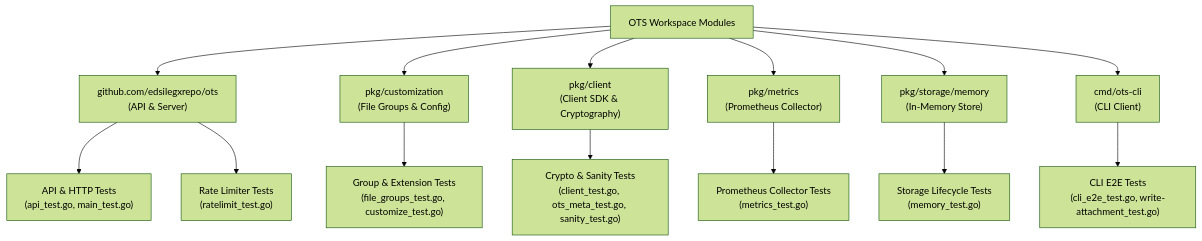
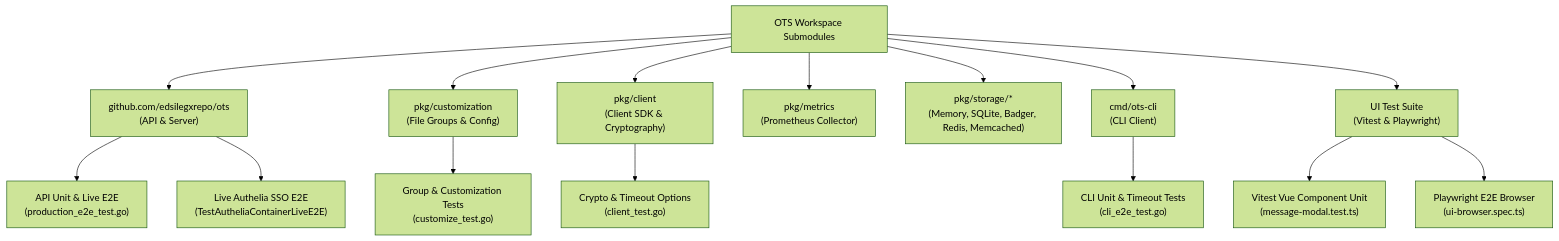
One commit to edsilegxrepo/ots changed the first of 2 diagrams in TESTING.md. Above: the diagram before and after it, drawn with Mermaid (forest theme). The commit also changed other lines of this file and 61 other files, not shown here.

````diff
--- a/TESTING.md
+++ b/TESTING.md
@@ -14,22 +24,22 @@
 ```mermaid
 graph TD
-    Submodules["OTS Workspace Modules"] --> MainPkg["github.com/edsilegxrepo/ots<br/>(API & Server)"]
+    Submodules["OTS Workspace Submodules"] --> MainPkg["github.com/edsilegxrepo/ots<br/>(API & Server)"]
     Submodules --> CustPkg["pkg/customization<br/>(File Groups & Config)"]
     Submodules --> ClientPkg["pkg/client<br/>(Client SDK & Cryptography)"]
     Submodules --> MetricsPkg["pkg/metrics<br/>(Prometheus Collector)"]
-    Submodules --> StoragePkg["pkg/storage/memory<br/>(In-Memory Store)"]
+    Submodules --> StoragePkg["pkg/storage/*<br/>(Memory, SQLite, Badger, Redis, Memcached)"]
     Submodules --> CLIPkg["cmd/ots-cli<br/>(CLI Client)"]
+    Submodules --> UIPkg["UI Test Suite<br/>(Vitest & Playwright)"]
 
-    MainPkg --> API_Tests["API & HTTP Tests<br/>(api_test.go, main_test.go)"]
-    MainPkg --> RL_Tests["Rate Limiter Tests<br/>(ratelimit_test.go)"]
+    MainPkg --> API_Tests["API Unit & Live E2E<br/>(production_e2e_test.go)"]
+    MainPkg --> Authelia_Tests["Live Authelia SSO E2E<br/>(TestAutheliaContainerLiveE2E)"]
 
-    CustPkg --> FG_Tests["Group & Extension Tests<br/>(file_groups_test.go, customize_test.go)"]
+    CustPkg --> FG_Tests["Group & Customization Tests<br/>(customize_test.go)"]
 
-    ClientPkg --> OTS_Tests["Crypto & Sanity Tests<br/>(client_test.go, ots_meta_test.go, sanity_test.go)"]
+    ClientPkg --> OTS_Tests["Crypto & Timeout Options<br/>(client_test.go)"]
 
-    MetricsPkg --> M_Tests["Prometheus Collector Tests<br/>(metrics_test.go)"]
+    CLIPkg --> CLI_Tests["CLI Unit & Timeout Tests<br/>(cli_e2e_test.go)"]
 
-    StoragePkg --> Mem_Tests["Storage Lifecycle Tests<br/>(memory_test.go)"]
-
-    CLIPkg --> CLI_Tests["CLI E2E Tests<br/>(cli_e2e_test.go, write-attachment_test.go)"]
+    UIPkg --> Vitest_Tests["Vitest Vue Component Unit<br/>(message-modal.test.ts)"]
+    UIPkg --> PW_Tests["Playwright E2E Browser<br/>(ui-browser.spec.ts)"]
 ```
````
